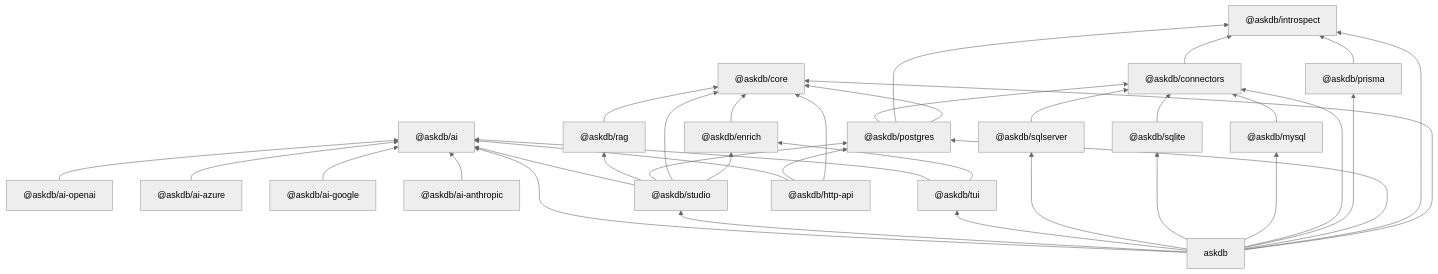
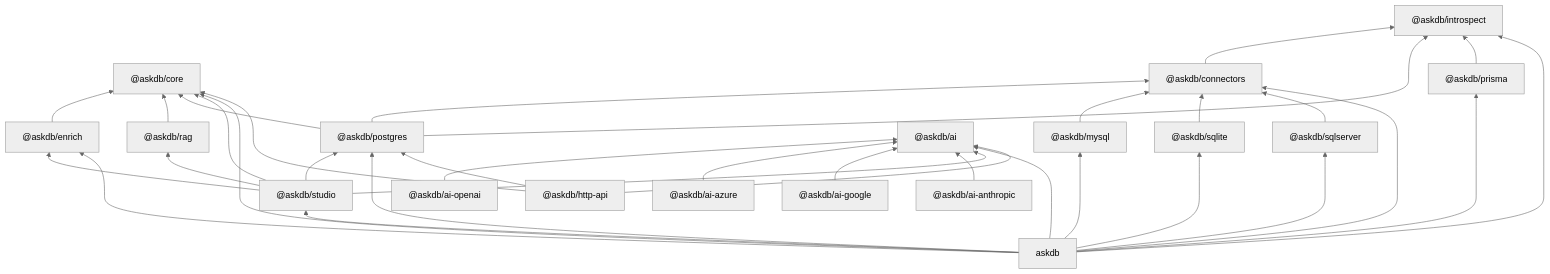
One commit to Ygilany/AskDB changed the third of 7 diagrams in docs/architecture.md. Above: the diagram before and after it, drawn with Mermaid (neutral theme). The commit also changed other lines of this file and 71 other files, not shown here.

First line of the commit message:
feat!: retire @askdb/tui in favor of Studio (#165)

````diff
--- a/docs/architecture.md
+++ b/docs/architecture.md
@@ -137,58 +133,55 @@
 ```mermaid
 flowchart BT
   core["@askdb/core"]
   introspect["@askdb/introspect"]
   enrich["@askdb/enrich"]
   rag["@askdb/rag"]
   postgres["@askdb/postgres"]
   prisma["@askdb/prisma"]
   connectors["@askdb/connectors"]
   mysql["@askdb/mysql"]
   sqlite["@askdb/sqlite"]
   sqlserver["@askdb/sqlserver"]
   ai["@askdb/ai"]
   aiOpenai["@askdb/ai-openai"]
   aiAzure["@askdb/ai-azure"]
   aiGoogle["@askdb/ai-google"]
   aiAnthropic["@askdb/ai-anthropic"]
-  tui["@askdb/tui"]
   studio["@askdb/studio"]
   cli["askdb"]
   http["@askdb/http-api"]
 
   connectors --> introspect
   enrich --> core
   rag --> core
   postgres --> core
   postgres --> introspect
   postgres --> connectors
   prisma --> introspect
   mysql --> connectors
   sqlite --> connectors
   sqlserver --> connectors
   aiOpenai --> ai
   aiAzure --> ai
   aiGoogle --> ai
   aiAnthropic --> ai
-  tui --> enrich
-  tui --> ai
   studio --> enrich
   studio --> core
   studio --> postgres
   studio --> rag
   studio --> ai
   cli --> core
   cli --> introspect
   cli --> postgres
   cli --> prisma
   cli --> connectors
   cli --> mysql
   cli --> sqlite
   cli --> sqlserver
-  cli --> tui
+  cli --> enrich
   cli --> studio
   cli --> ai
   http --> core
   http --> postgres
   http --> ai
 ```
````
